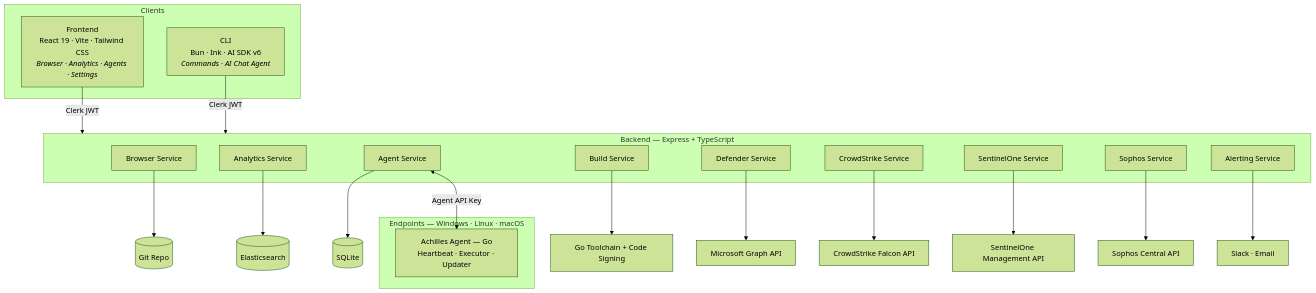
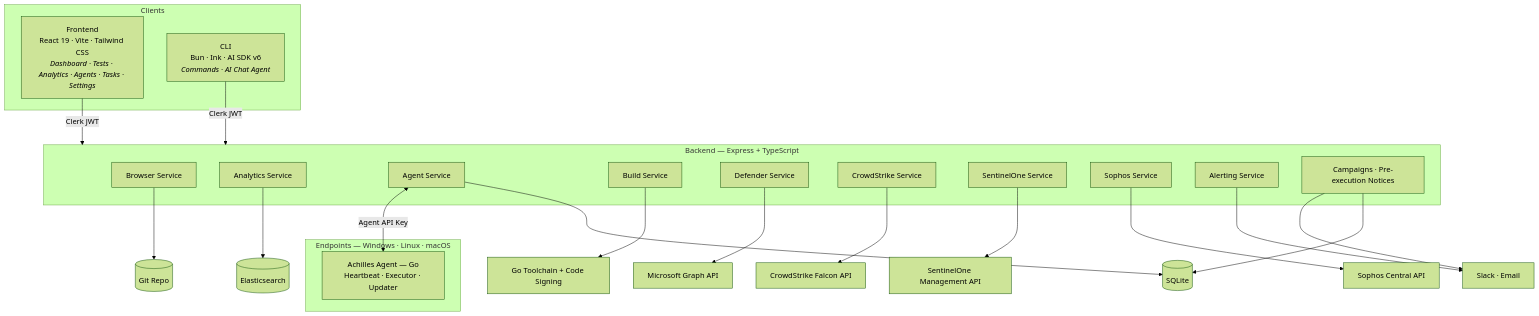
The diagram in README.md (projectachilles/ProjectAchilles), drawn with Mermaid (forest theme) before and after one commit. The commit also changed other lines of this file and 136 other files, not shown here.

````diff
--- a/README.md
+++ b/README.md
@@ -482,38 +490,41 @@
 ```mermaid
 graph TB
     subgraph Clients
-        FE["Frontend<br/>React 19 · Vite · Tailwind CSS<br/><i>Browser · Analytics · Agents · Settings</i>"]
+        FE["Frontend<br/>React 19 · Vite · Tailwind CSS<br/><i>Dashboard · Tests · Analytics · Agents · Tasks · Settings</i>"]
         CLI["CLI<br/>Bun · Ink · AI SDK v6<br/><i>Commands · AI Chat Agent</i>"]
     end
 
     FE -->|Clerk JWT| BE
     CLI -->|Clerk JWT| BE
 
     subgraph BE ["Backend — Express + TypeScript"]
         BRS[Browser Service]
         ANS[Analytics Service]
         AGS[Agent Service]
         BDS[Build Service]
         DFS[Defender Service]
         CSF[CrowdStrike Service]
         S1S[SentinelOne Service]
         SPS[Sophos Service]
         ALS[Alerting Service]
+        CNS[Campaigns · Pre-execution Notices]
     end
 
     BRS --> GIT[(Git Repo)]
     ANS --> ES[(Elasticsearch)]
     AGS --> DB[(SQLite)]
     BDS --> GO[Go Toolchain + Code Signing]
     DFS --> GRAPH[Microsoft Graph API]
     CSF --> FALCON[CrowdStrike Falcon API]
     S1S --> S1API[SentinelOne Management API]
     SPS --> SPAPI[Sophos Central API]
     ALS --> NOTIFY[Slack · Email]
+    CNS --> DB
+    CNS --> NOTIFY
 
     AGS <-->|Agent API Key| AGENT
 
     subgraph EP ["Endpoints — Windows · Linux · macOS"]
         AGENT["Achilles Agent — Go<br/>Heartbeat · Executor · Updater"]
     end
 ```
````
